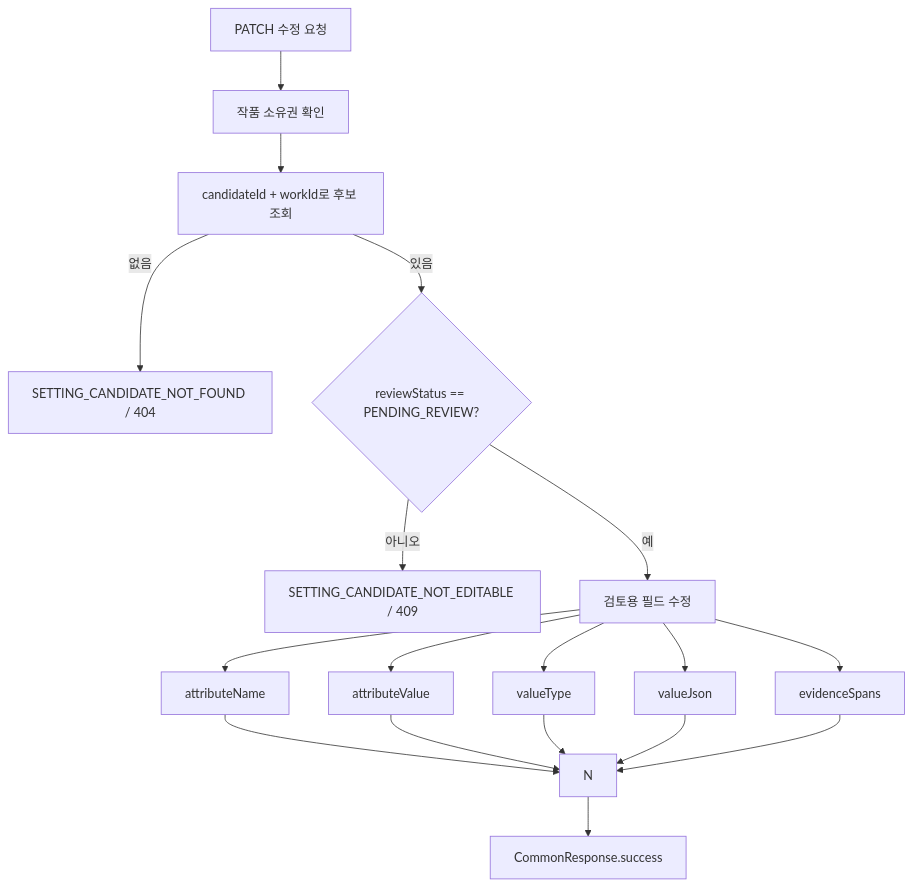
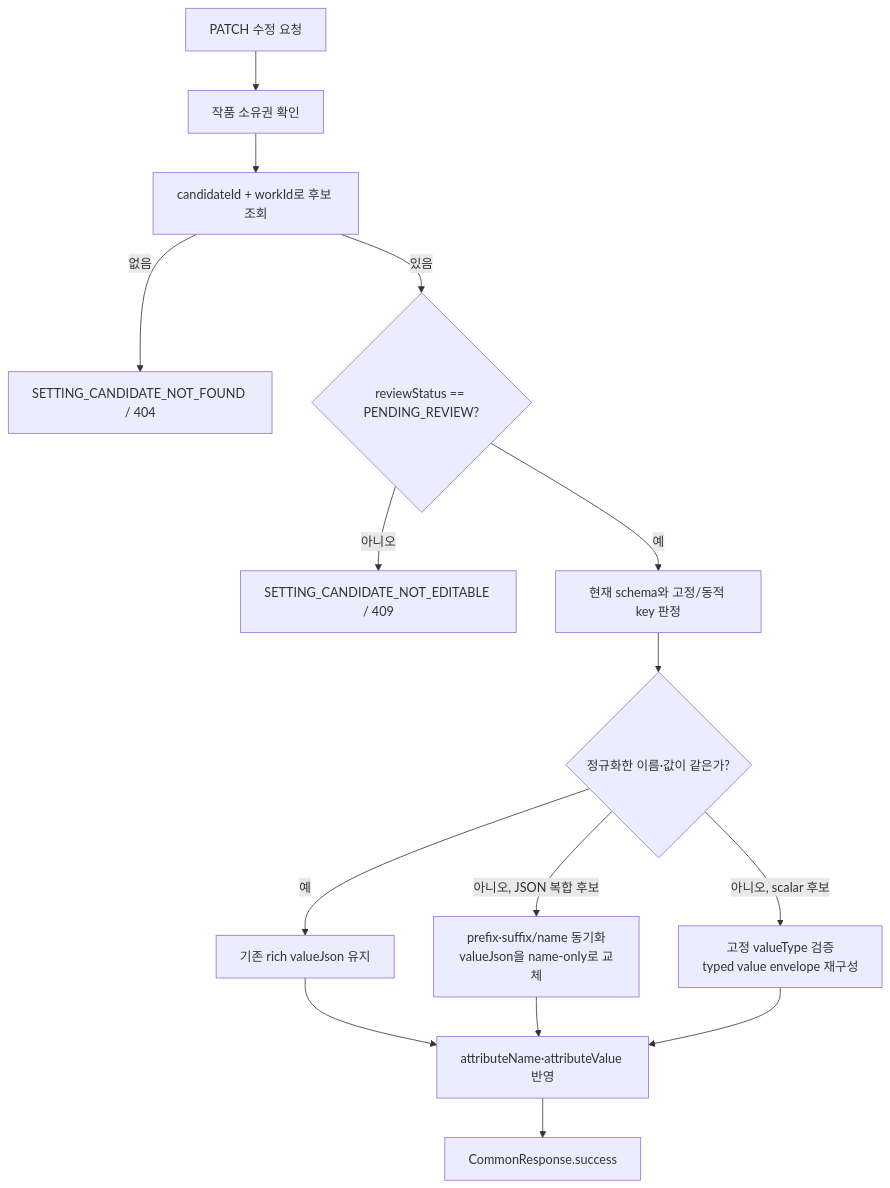
Before and after one commit to catchhole-soma/catchhole-backend-java: the seventh of 8 diagrams in docs/character.md, drawn with Mermaid. The commit also changed other lines of this file and 1 other file, not shown here.

````diff
--- a/docs/character.md
+++ b/docs/character.md
@@ -779,25 +800,20 @@
 ```mermaid
 flowchart TD
     A["PATCH 수정 요청"] --> B["작품 소유권 확인"]
     B --> C["candidateId + workId로 후보 조회"]
 
     C -->|없음| D["SETTING_CANDIDATE_NOT_FOUND / 404"]
     C -->|있음| E{"reviewStatus == PENDING_REVIEW?"}
 
     E -->|아니오| F["SETTING_CANDIDATE_NOT_EDITABLE / 409"]
-    E -->|예| G["검토용 필드 수정"]
+    E -->|예| G["현재 schema와 고정/동적 key 판정"]
+    G --> H{"정규화한 이름·값이 같은가?"}
+    H -->|예| I["기존 rich valueJson 유지"]
+    H -->|아니오, JSON 복합 후보| J["prefix·suffix/name 동기화<br/>valueJson을 name-only로 교체"]
+    H -->|아니오, scalar 후보| K["고정 valueType 검증<br/>typed value envelope 재구성"]
 
-    G --> I["attributeName"]
-    G --> J["attributeValue"]
-    G --> K["valueType"]
-    G --> L["valueJson"]
-    G --> M["evidenceSpans"]
-
-    I --> N
+    I --> N["attributeName·attributeValue 반영"]
     J --> N
     K --> N
-    L --> N
-    M --> N
-
     N --> O["CommonResponse.success"]
 ```
````
